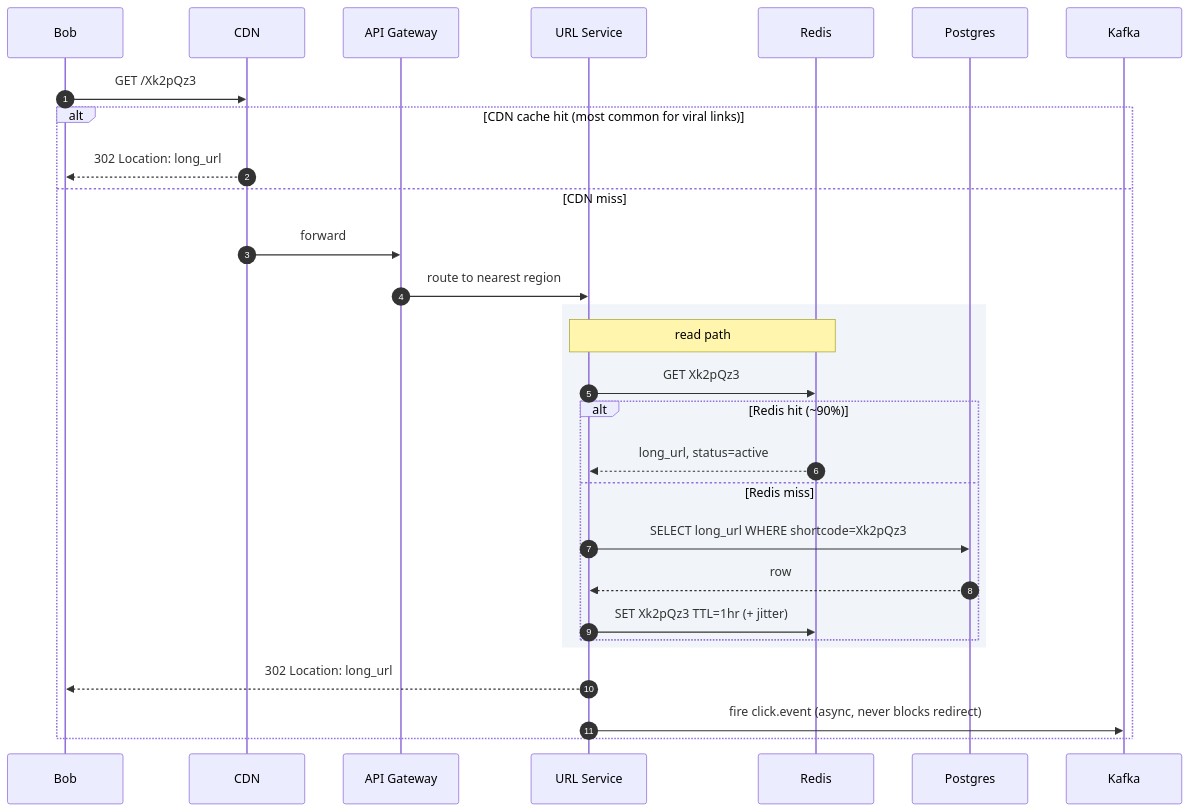
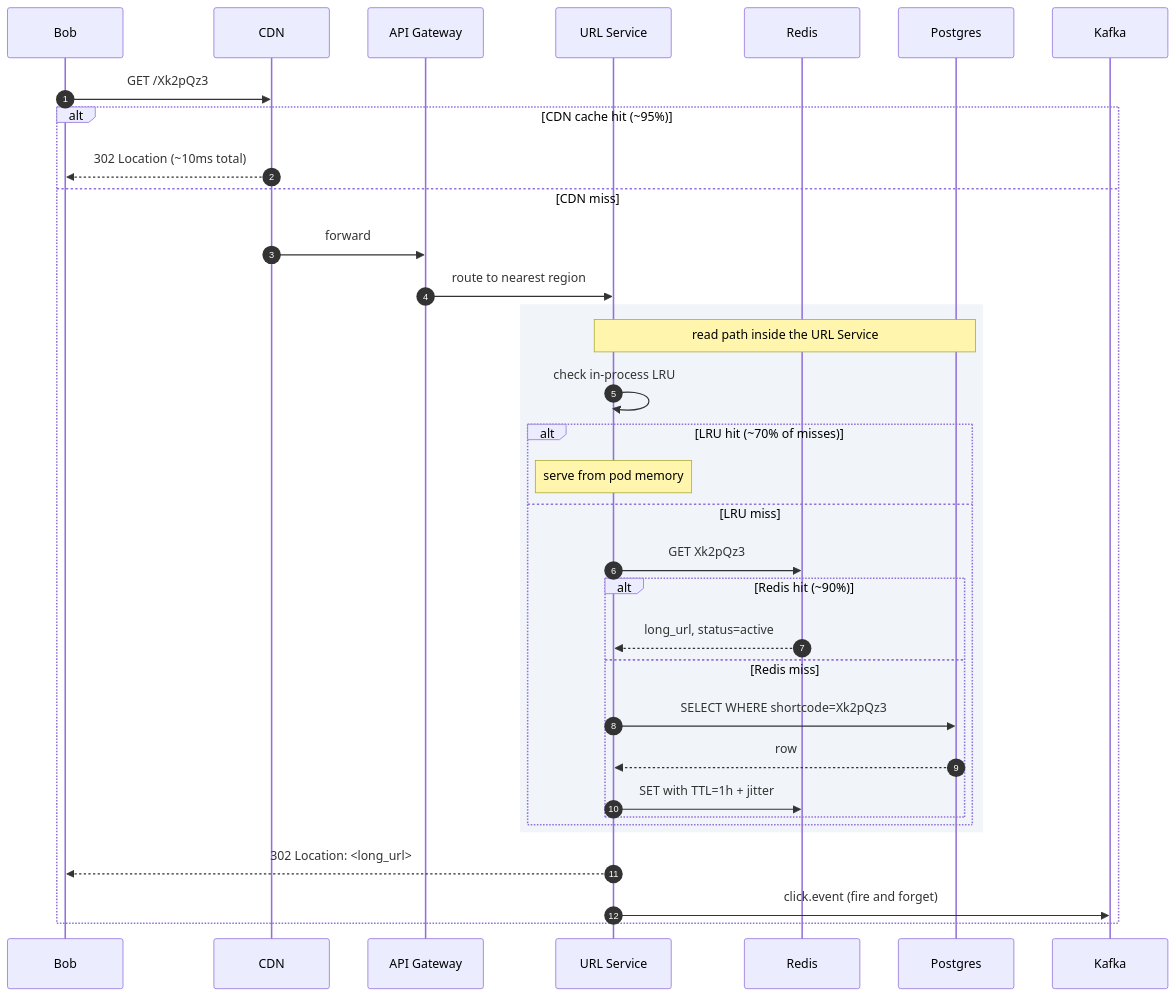
One commit to shiningflash/system-design changed the eighth of 10 diagrams in problems/001-url-shortener/question.md. Above: the diagram before and after it, drawn with Mermaid. The commit also changed other lines of this file and 1 other file, not shown here.

First line of the commit message:
Rewrite URL shortener problem & solution

````diff
--- a/problems/001-url-shortener/question.md
+++ b/problems/001-url-shortener/question.md
@@ -338,34 +344,39 @@
 ```mermaid
 sequenceDiagram
     autonumber
     participant Bob
     participant CDN
     participant GW as API Gateway
     participant S as URL Service
     participant R as Redis
     participant DB as Postgres
     participant K as Kafka
 
     Bob->>CDN: GET /Xk2pQz3
-    alt CDN cache hit (most common for viral links)
-        CDN-->>Bob: 302 Location: long_url
+    alt CDN cache hit (~95%)
+        CDN-->>Bob: 302 Location (~10ms total)
     else CDN miss
         CDN->>GW: forward
         GW->>S: route to nearest region
 
         rect rgb(241, 245, 249)
-            Note over S,R: read path
-            S->>R: GET Xk2pQz3
-            alt Redis hit (~90%)
-                R-->>S: long_url, status=active
-            else Redis miss
-                S->>DB: SELECT long_url WHERE shortcode=Xk2pQz3
-                DB-->>S: row
-                S->>R: SET Xk2pQz3 TTL=1hr (+ jitter)
+            Note over S,DB: read path inside the URL Service
+            S->>S: check in-process LRU
+            alt LRU hit (~70% of misses)
+                Note over S: serve from pod memory
+            else LRU miss
+                S->>R: GET Xk2pQz3
+                alt Redis hit (~90%)
+                    R-->>S: long_url, status=active
+                else Redis miss
+                    S->>DB: SELECT WHERE shortcode=Xk2pQz3
+                    DB-->>S: row
+                    S->>R: SET with TTL=1h + jitter
+                end
             end
         end
 
-        S-->>Bob: 302 Location: long_url
-        S->>K: fire click.event (async, never blocks redirect)
+        S-->>Bob: 302 Location: <long_url>
+        S->>K: click.event (fire and forget)
     end
 ```
````
